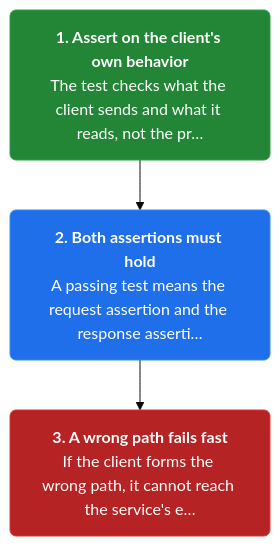
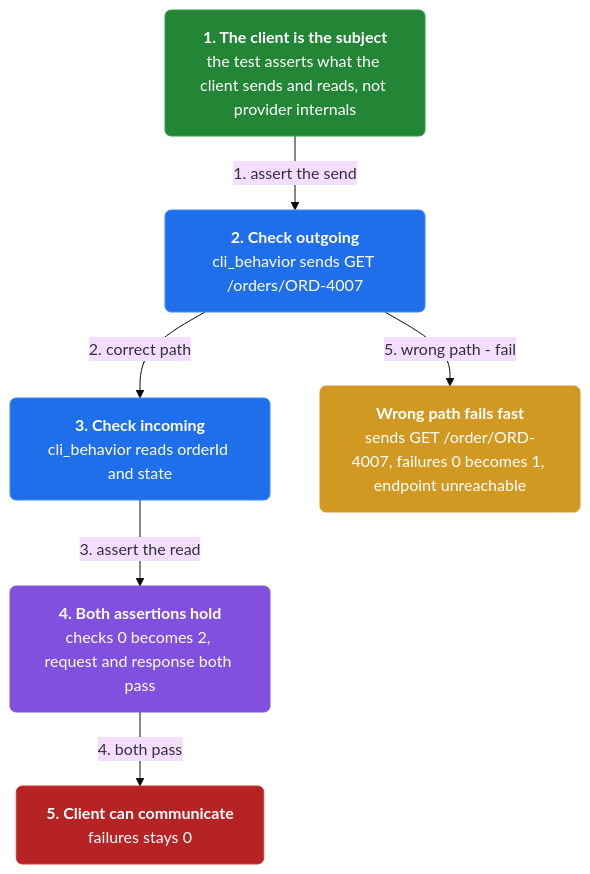
One commit to vinayakuber/microservices-io-study-guide changed the fourth of 4 diagrams in docs/ch26-consumer-side-contract-test.md. Above: the diagram before and after it, drawn with Mermaid (base theme). The commit also changed other lines of this file and 46 other files, not shown here.

First line of the commit message:
Author rich branching flow diagrams for all 44 chapters

````diff
--- a/docs/ch26-consumer-side-contract-test.md
+++ b/docs/ch26-consumer-side-contract-test.md
@@ -127,11 +151,19 @@
 ```mermaid
 flowchart TD
-  classDef step fill:#1f6feb,color:#ffffff,stroke:#388bfd,stroke-width:1px,rx:6
+  classDef step fill:#1f6feb,color:#ffffff,stroke:#388bfd,rx:6
+  classDef core fill:#8250df,color:#ffffff,stroke:#8250df,rx:6
+  classDef warn fill:#d29922,color:#ffffff,stroke:#d29922,rx:6
   classDef start fill:#238636,color:#ffffff,stroke:#2ea043,rx:6
   classDef stop fill:#b62324,color:#ffffff,stroke:#da3633,rx:6
-  s3n0["<b>1. Assert on the client's own behavior</b><br/>The test checks what the client sends and what it reads, not the pr…"]:::start
-  s3n1["<b>2. Both assertions must hold</b><br/>A passing test means the request assertion and the response asserti…"]:::step
-  s3n2["<b>3. A wrong path fails fast</b><br/>If the client forms the wrong path, it cannot reach the service's e…"]:::stop
-  s3n0 --> s3n1
-  s3n1 --> s3n2
+  n0["<b>1. The client is the subject</b><br/>the test asserts what the client sends and reads, not provider internals"]:::start
+  n1["<b>2. Check outgoing</b><br/>cli_behavior sends GET /orders/ORD-4007"]:::step
+  n2["<b>3. Check incoming</b><br/>cli_behavior reads orderId and state"]:::step
+  n3["<b>4. Both assertions hold</b><br/>checks 0 becomes 2, request and response both pass"]:::core
+  n4["<b>5. Client can communicate</b><br/>failures stays 0"]:::stop
+  n5["<b>Wrong path fails fast</b><br/>sends GET /order/ORD-4007, failures 0 becomes 1, endpoint unreachable"]:::warn
+  n0 -->|"1. assert the send"| n1
+  n1 -->|"2. correct path"| n2
+  n2 -->|"3. assert the read"| n3
+  n3 -->|"4. both pass"| n4
+  n1 -->|"5. wrong path - fail"| n5
 ```
````
